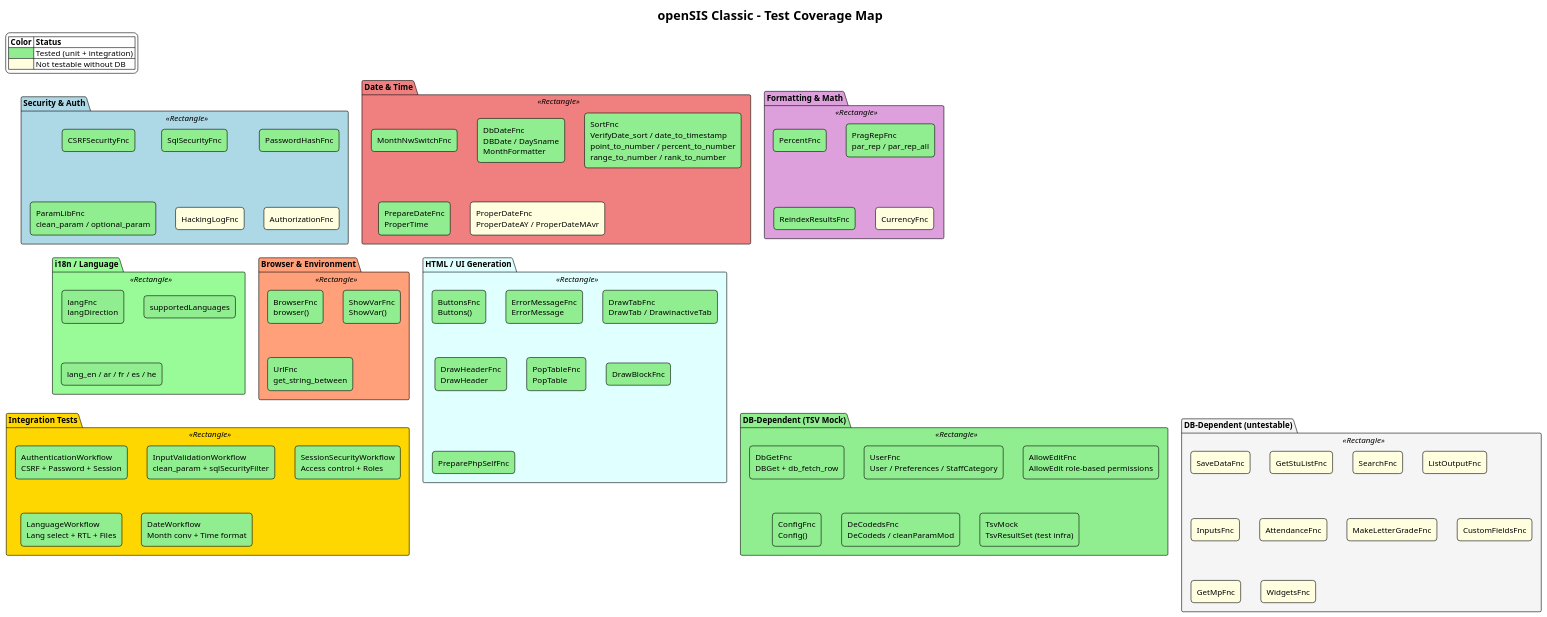
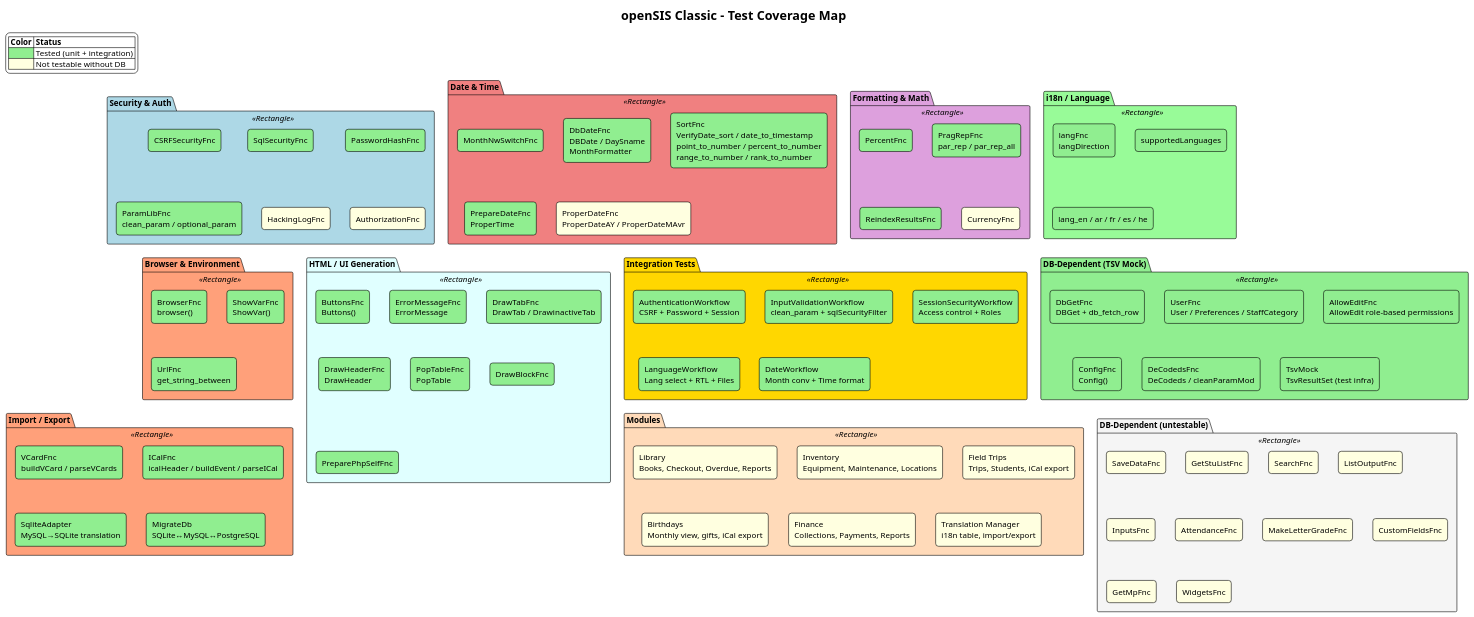
One commit to CLK-AL/openSIS-Classic changed the diagram in docs/diagrams/test-coverage.puml. Above: the diagram before and after it, drawn with PlantUML. The commit also changed 8 other files, not shown here.

First line of the commit message:
Update all PUML diagrams, README, and CHANGELOG with new modules

```diff
--- a/docs/diagrams/test-coverage.puml
+++ b/docs/diagrams/test-coverage.puml
@@ -1,92 +1,108 @@
 @startuml test-coverage
 !theme plain
 title openSIS Classic - Test Coverage Map
 
 skinparam defaultTextAlignment left
 skinparam rectangle {
     roundCorner 10
 }
 
 legend top left
   |= Color |= Status |
   | <#90EE90> | Tested (unit + integration) |
   | <#FFFFE0> | Not testable without DB |
 endlegend
 
 package "Security & Auth" <<Rectangle>> #LightBlue {
     rectangle "CSRFSecurityFnc" as csrf #90EE90
     rectangle "SqlSecurityFnc" as sql #90EE90
     rectangle "PasswordHashFnc" as pwd #90EE90
     rectangle "ParamLibFnc\nclean_param / optional_param" as param #90EE90
     rectangle "HackingLogFnc" as hack #FFFFE0
     rectangle "AuthorizationFnc" as auth #FFFFE0
 }
 
 package "Date & Time" <<Rectangle>> #LightCoral {
     rectangle "MonthNwSwitchFnc" as mnw #90EE90
     rectangle "DbDateFnc\nDBDate / DaySname\nMonthFormatter" as dbdate #90EE90
     rectangle "SortFnc\nVerifyDate_sort / date_to_timestamp\npoint_to_number / percent_to_number\nrange_to_number / rank_to_number" as sort #90EE90
     rectangle "PrepareDateFnc\nProperTime" as pdate #90EE90
     rectangle "ProperDateFnc\nProperDateAY / ProperDateMAvr" as propdate #FFFFE0
 }
 
 package "Formatting & Math" <<Rectangle>> #Plum {
     rectangle "PercentFnc" as pct #90EE90
     rectangle "PragRepFnc\npar_rep / par_rep_all" as preg #90EE90
     rectangle "ReindexResultsFnc" as reidx #90EE90
     rectangle "CurrencyFnc" as curr #FFFFE0
 }
 
 package "i18n / Language" <<Rectangle>> #PaleGreen {
     rectangle "langFnc\nlangDirection" as lang #90EE90
     rectangle "supportedLanguages" as suplang #90EE90
     rectangle "lang_en / ar / fr / es / he" as langfiles #90EE90
 }
 
 package "Browser & Environment" <<Rectangle>> #LightSalmon {
     rectangle "BrowserFnc\nbrowser()" as browser #90EE90
     rectangle "ShowVarFnc\nShowVar()" as showvar #90EE90
     rectangle "UrlFnc\nget_string_between" as url #90EE90
 }
 
 package "HTML / UI Generation" <<Rectangle>> #LightCyan {
     rectangle "ButtonsFnc\nButtons()" as btns #90EE90
     rectangle "ErrorMessageFnc\nErrorMessage" as errmsg #90EE90
     rectangle "DrawTabFnc\nDrawTab / DrawinactiveTab" as dtab #90EE90
     rectangle "DrawHeaderFnc\nDrawHeader" as dhdr #90EE90
     rectangle "PopTableFnc\nPopTable" as ptbl #90EE90
     rectangle "DrawBlockFnc" as dblk #90EE90
     rectangle "PreparePhpSelfFnc" as phpself #90EE90
 }
 
 package "Integration Tests" <<Rectangle>> #Gold {
     rectangle "AuthenticationWorkflow\nCSRF + Password + Session" as intauth #90EE90
     rectangle "InputValidationWorkflow\nclean_param + sqlSecurityFilter" as intinput #90EE90
     rectangle "SessionSecurityWorkflow\nAccess control + Roles" as intsess #90EE90
     rectangle "LanguageWorkflow\nLang select + RTL + Files" as intlang #90EE90
     rectangle "DateWorkflow\nMonth conv + Time format" as intdate #90EE90
 }
 
 package "DB-Dependent (TSV Mock)" <<Rectangle>> #LightGreen {
     rectangle "DbGetFnc\nDBGet + db_fetch_row" as dbget #90EE90
     rectangle "UserFnc\nUser / Preferences / StaffCategory" as userfnc #90EE90
     rectangle "AllowEditFnc\nAllowEdit role-based permissions" as allow #90EE90
     rectangle "ConfigFnc\nConfig()" as configfnc #90EE90
     rectangle "DeCodedsFnc\nDeCodeds / cleanParamMod" as decodeds #90EE90
     rectangle "TsvMock\nTsvResultSet (test infra)" as tsvmock #90EE90
 }
 
+package "Import / Export" <<Rectangle>> #LightSalmon {
+    rectangle "VCardFnc\nbuildVCard / parseVCards" as vcard #90EE90
+    rectangle "ICalFnc\nicalHeader / buildEvent / parseICal" as ical #90EE90
+    rectangle "SqliteAdapter\nMySQL→SQLite translation" as sqlite #90EE90
+    rectangle "MigrateDb\nSQLite↔MySQL↔PostgreSQL" as migrate #90EE90
+}
+
+package "Modules" <<Rectangle>> #PeachPuff {
+    rectangle "Library\nBooks, Checkout, Overdue, Reports" as libmod #FFFFE0
+    rectangle "Inventory\nEquipment, Maintenance, Locations" as invmod #FFFFE0
+    rectangle "Field Trips\nTrips, Students, iCal export" as tripmod #FFFFE0
+    rectangle "Birthdays\nMonthly view, gifts, iCal export" as bdaymod #FFFFE0
+    rectangle "Finance\nCollections, Payments, Reports" as finmod #FFFFE0
+    rectangle "Translation Manager\ni18n table, import/export" as transmod #FFFFE0
+}
+
 package "DB-Dependent (untestable)" <<Rectangle>> #WhiteSmoke {
     rectangle "SaveDataFnc" as savedata #FFFFE0
     rectangle "GetStuListFnc" as stulist #FFFFE0
     rectangle "SearchFnc" as search #FFFFE0
     rectangle "ListOutputFnc" as listout #FFFFE0
     rectangle "InputsFnc" as inputs #FFFFE0
     rectangle "AttendanceFnc" as attfnc #FFFFE0
     rectangle "MakeLetterGradeFnc" as mlg #FFFFE0
     rectangle "CustomFieldsFnc" as cf #FFFFE0
     rectangle "GetMpFnc" as getmp #FFFFE0
     rectangle "WidgetsFnc" as widgets #FFFFE0
 }
 
 @enduml
```
